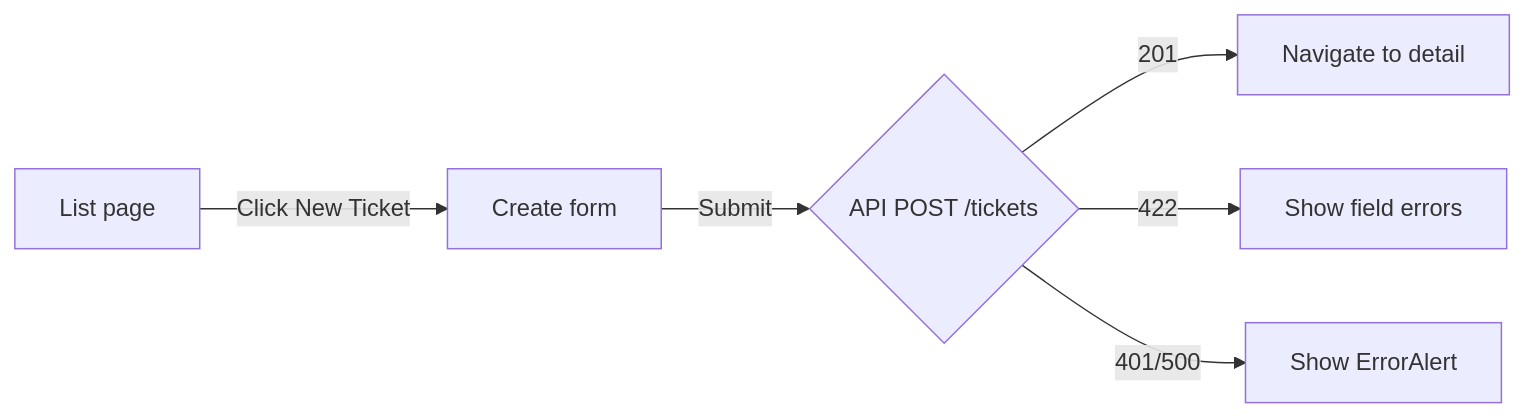
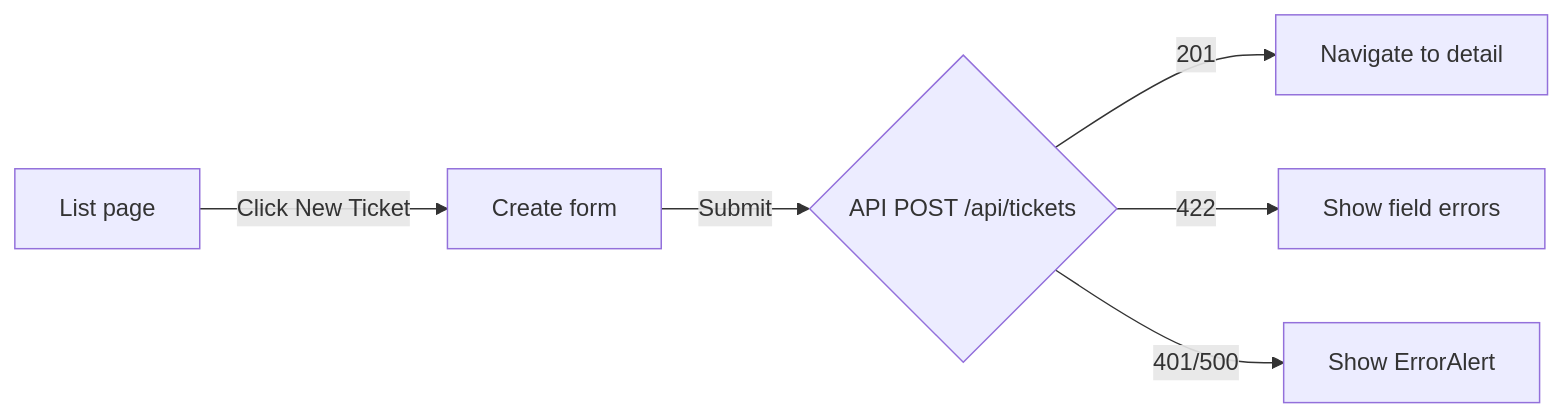
Before and after one commit to PrinceYadavOffice/ticket-management: the second of 3 diagrams in ui-flow.md, drawn with Mermaid. The commit also changed other lines of this file and 39 other files, not shown here.

````diff
--- a/ui-flow.md
+++ b/ui-flow.md
@@ -82,8 +82,8 @@
 ```mermaid
 flowchart LR
     A[List page] -->|Click New Ticket| B[Create form]
-    B -->|Submit| C{API POST /tickets}
+    B -->|Submit| C{API POST /api/tickets}
     C -->|201| D[Navigate to detail]
     C -->|422| E[Show field errors]
     C -->|401/500| F[Show ErrorAlert]
 ```
````
